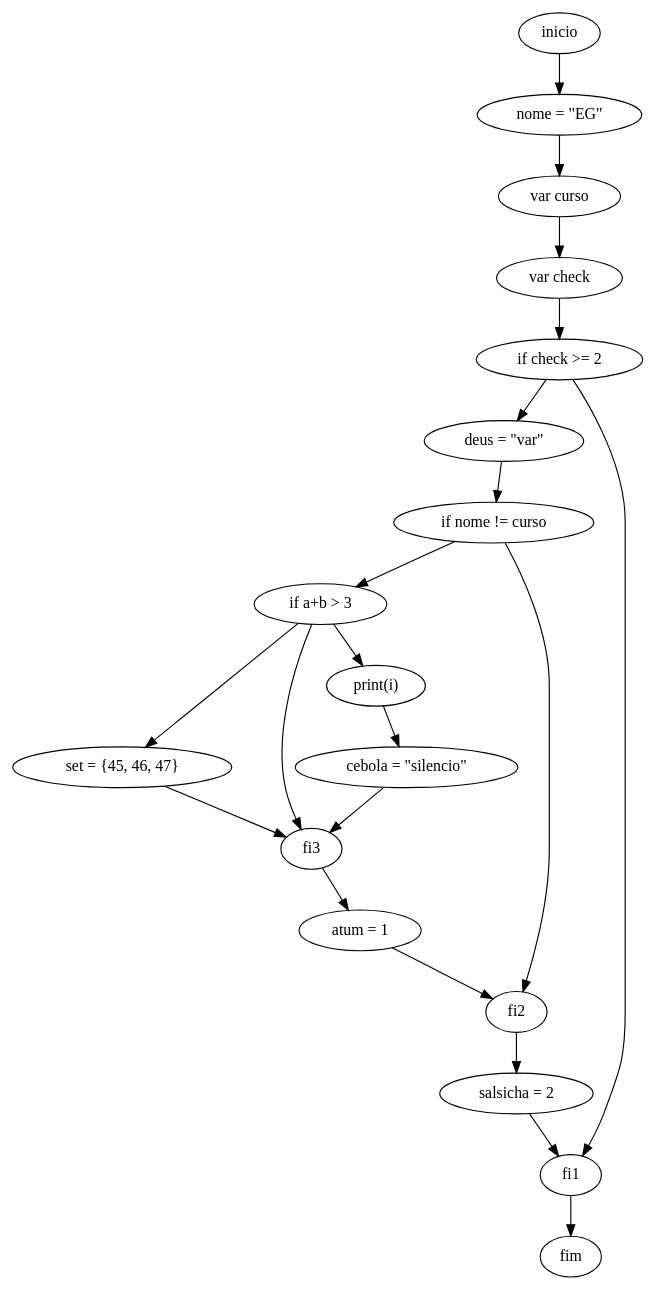
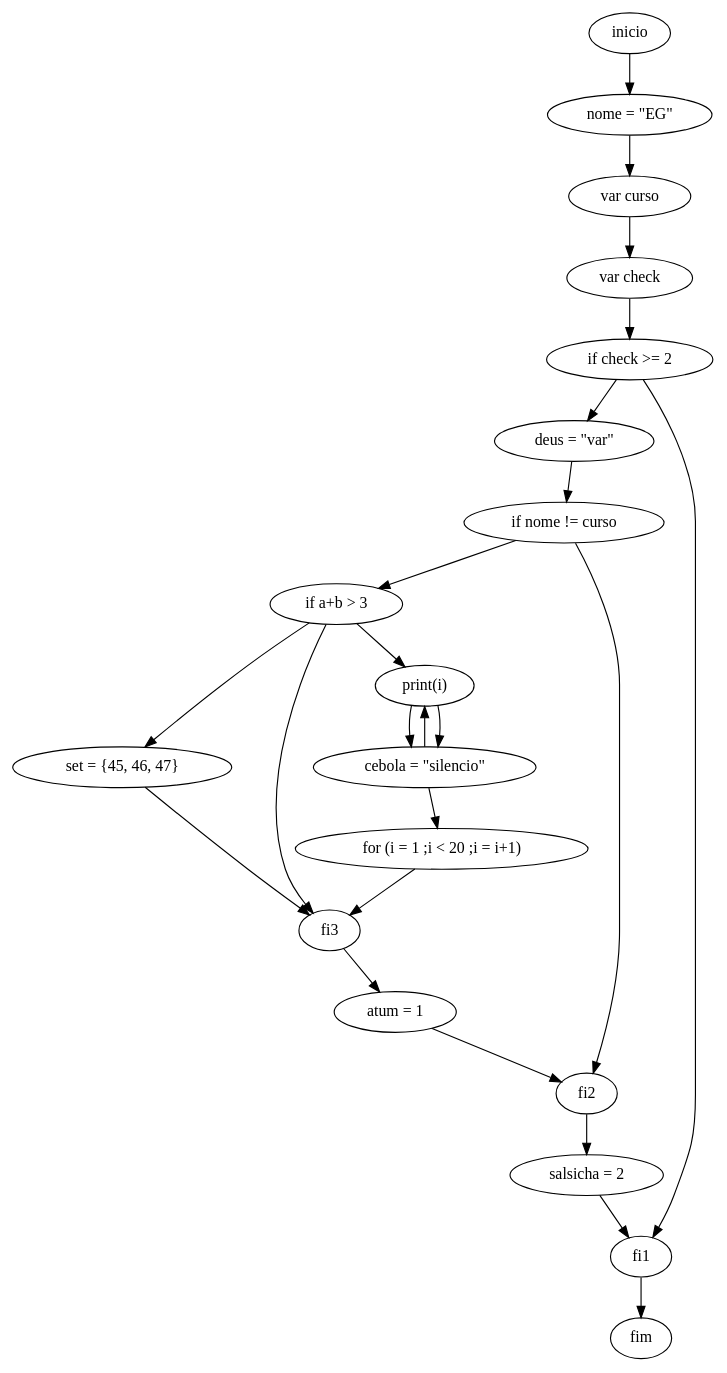
The diagram in TP3/graphs/graph.gv (mishlawi/MEI-EG-TrabalhosPraticos), drawn with Graphviz before and after one commit. The commit also changed 5 other files, not shown here.

```diff
--- a/TP3/graphs/graph.gv
+++ b/TP3/graphs/graph.gv
@@ -1,22 +1,25 @@
 digraph "graph" {
 	inicio -> "nome = \"EG\""
 	"nome = \"EG\"" -> "var curso"
 	"var curso" -> "var check"
 	"var check" -> "if check >= 2"
 	"if check >= 2" -> "deus = \"var\""
 	"deus = \"var\"" -> "if nome != curso"
 	"if nome != curso" -> "if a+b > 3"
 	"if a+b > 3" -> "set = {45, 46, 47}"
 	"if a+b > 3" -> fi3
 	"set = {45, 46, 47}" -> fi3
 	"if a+b > 3" -> "print(i)"
 	"print(i)" -> "cebola = \"silencio\""
-	"cebola = \"silencio\"" -> fi3
+	"cebola = \"silencio\"" -> "print(i)"
+	"print(i)" -> "cebola = \"silencio\""
+	"cebola = \"silencio\"" -> "for (i = 1 ;i < 20 ;i = i+1)"
+	"for (i = 1 ;i < 20 ;i = i+1)" -> fi3
 	fi3 -> "atum = 1"
 	"if nome != curso" -> fi2
 	"atum = 1" -> fi2
 	fi2 -> "salsicha = 2"
 	"if check >= 2" -> fi1
 	"salsicha = 2" -> fi1
 	fi1 -> fim
 }
```
